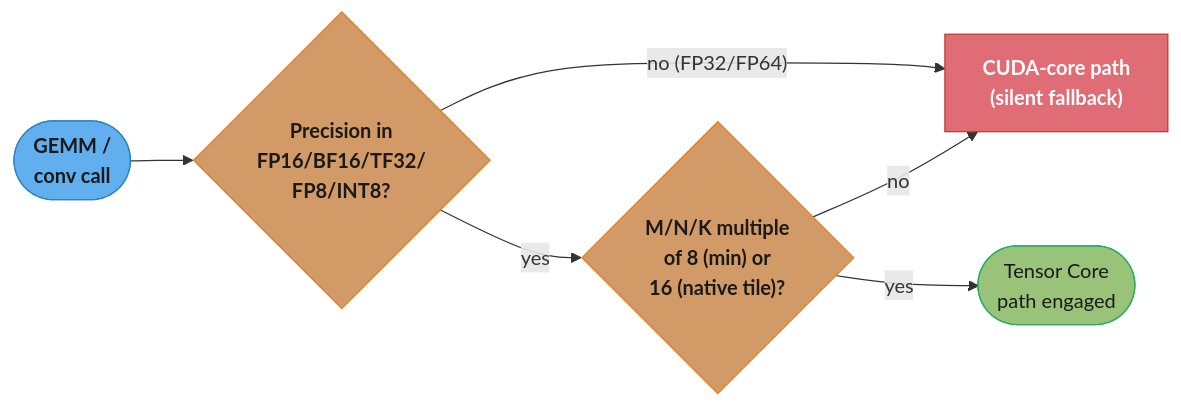
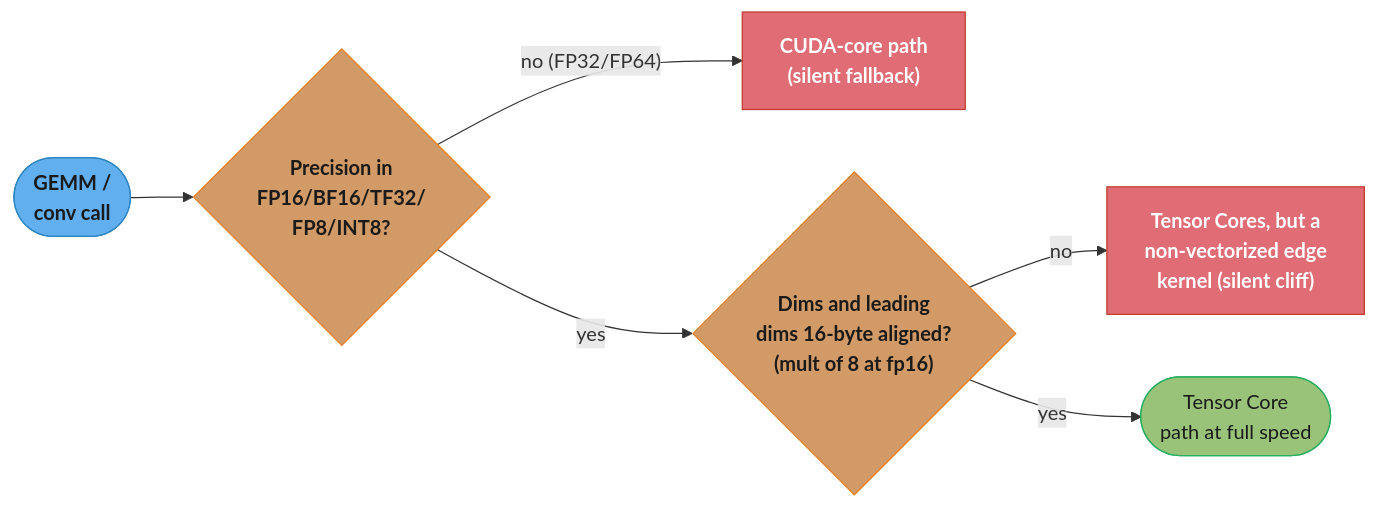
Before and after one commit to rppol/system-design: the fourth of 6 diagrams in src/main/java/com/rutik/systemdesign/cuda/tensor_cores_and_mixed_precision/tensor_cores_and_mixed_precision.md, drawn with Mermaid. The commit also changed other lines of this file and 3 other files, not shown here.

First line of the commit message:
audit(cuda): graphs, CDP, NCCL and tensor cores — a bandwidth comparison measured in two different units, and a module whose central rule stopped being true in cuBLAS 11

````diff
--- a/src/main/java/com/rutik/systemdesign/cuda/tensor_cores_and_mixed_precision/tensor_cores_and_mixed_precision.md
+++ b/src/main/java/com/rutik/systemdesign/cuda/tensor_cores_and_mixed_precision/tensor_cores_and_mixed_precision.md
@@ -649,21 +656,21 @@
 ```mermaid
 flowchart LR
     classDef io      fill:#61afef,stroke:#2e86c1,color:#1a1a1a,font-weight:bold
     classDef frozen  fill:#c678dd,stroke:#9b59b6,color:#fff
     classDef train   fill:#98c379,stroke:#27ae60,color:#1a1a1a
     classDef mathOp  fill:#d19a66,stroke:#e67e22,color:#1a1a1a,font-weight:bold
     classDef lossN   fill:#e06c75,stroke:#c0392b,color:#fff,font-weight:bold
     classDef req     fill:#56b6c2,stroke:#0097a7,color:#1a1a1a
     classDef base    fill:#e5c07b,stroke:#f39c12,color:#1a1a1a
 
     start(["GEMM /<br/>conv call"]) --> precQ{"Precision in<br/>FP16/BF16/TF32/<br/>FP8/INT8?"}
     precQ -- "no (FP32/FP64)" --> cudaCore["CUDA-core path<br/>(silent fallback)"]
-    precQ -- "yes" --> dimQ{"M/N/K multiple<br/>of 8 (min) or<br/>16 (native tile)?"}
-    dimQ -- "no" --> cudaCore
-    dimQ -- "yes" --> tcPath(["Tensor Core<br/>path engaged"])
+    precQ -- "yes" --> dimQ{"Dims and leading<br/>dims 16-byte aligned?<br/>(mult of 8 at fp16)"}
+    dimQ -- "no" --> slowTC["Tensor Cores, but a<br/>non-vectorized edge<br/>kernel (silent cliff)"]
+    dimQ -- "yes" --> tcPath(["Tensor Core<br/>path at full speed"])
 
     class start io
     class precQ,dimQ mathOp
-    class cudaCore lossN
+    class cudaCore,slowTC lossN
     class tcPath train
 ```
````
